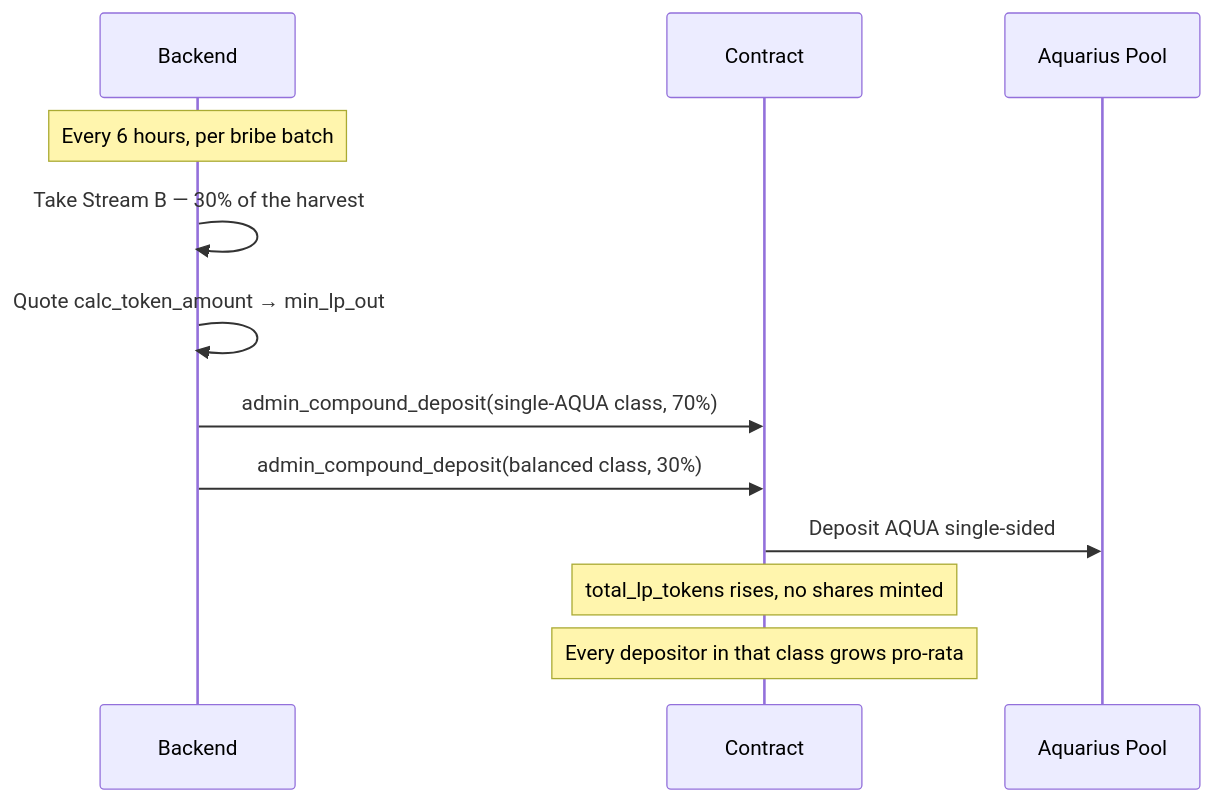
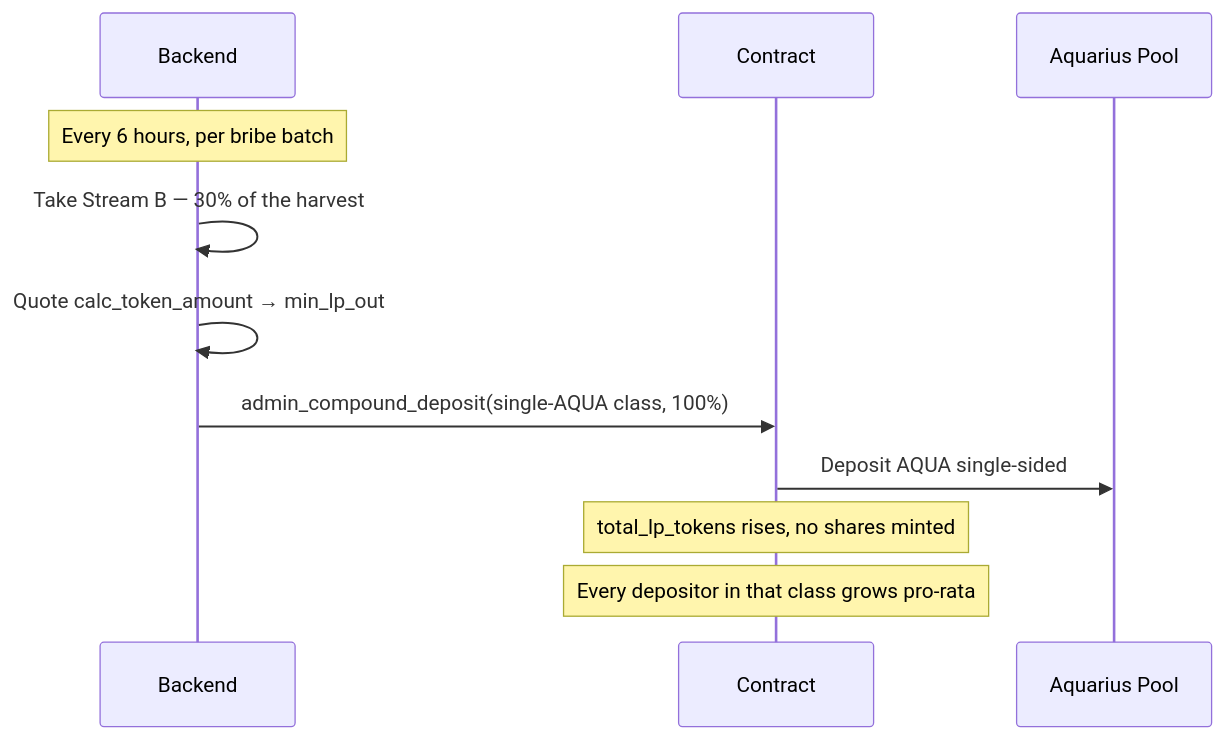
The first of 2 diagrams in docs/vaults/auto-compounding.md (WhaleHub/whalehub-core), drawn with Mermaid before and after one commit. The commit also changed 4 other files, not shown here.

````diff
--- a/docs/vaults/auto-compounding.md
+++ b/docs/vaults/auto-compounding.md
@@ -20,15 +20,14 @@
 ```mermaid
 sequenceDiagram
     participant Backend
     participant Contract
     participant Aquarius Pool
 
     Note over Backend: Every 6 hours, per bribe batch
     Backend->>Backend: Take Stream B — 30% of the harvest
     Backend->>Backend: Quote calc_token_amount → min_lp_out
-    Backend->>Contract: admin_compound_deposit(single-AQUA class, 70%)
-    Backend->>Contract: admin_compound_deposit(balanced class, 30%)
+    Backend->>Contract: admin_compound_deposit(single-AQUA class, 100%)
     Contract->>Aquarius Pool: Deposit AQUA single-sided
     Note over Contract: total_lp_tokens rises, no shares minted
     Note over Contract: Every depositor in that class grows pro-rata
 ```
````
